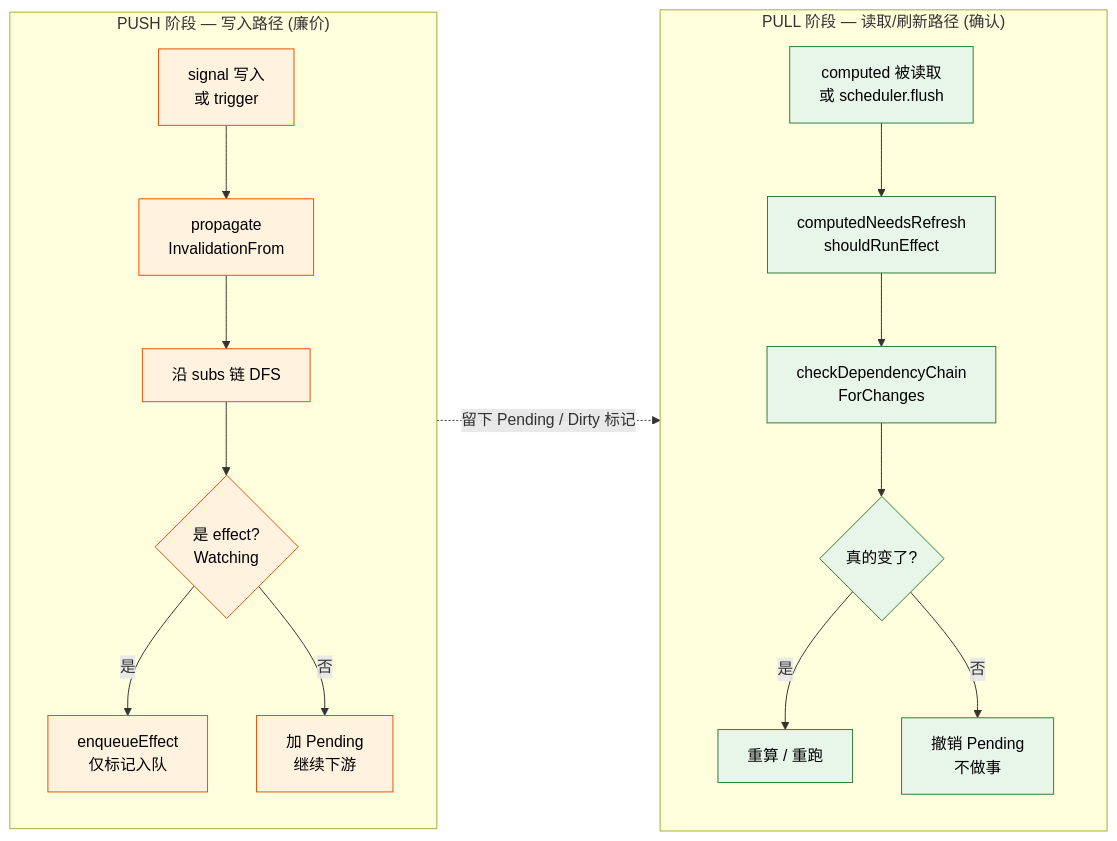
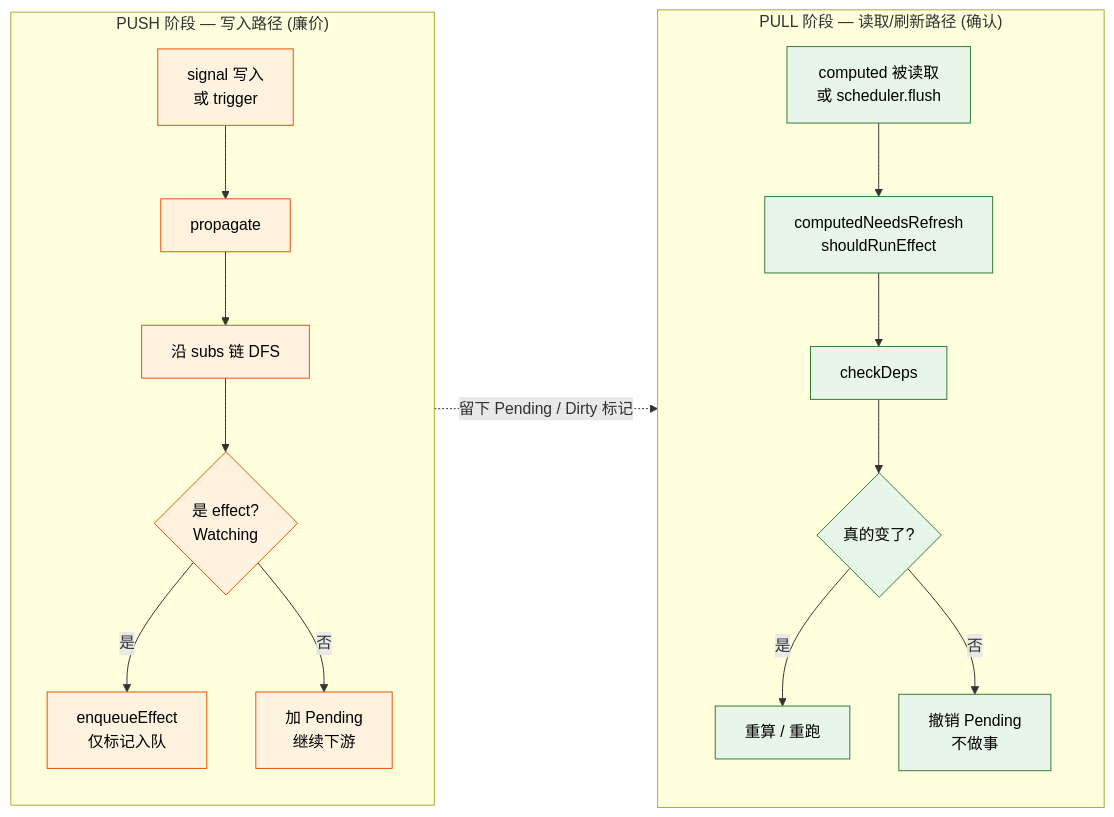
One commit to YanqingXu/alien-signals-in-lua changed the first of 2 diagrams in refactored/docs/engine.md. Above: the diagram before and after it, drawn with Mermaid. The commit also changed other lines of this file and 13 other files, not shown here.

````diff
--- a/refactored/docs/engine.md
+++ b/refactored/docs/engine.md
@@ -49,27 +49,27 @@
 ```mermaid
 flowchart LR
     subgraph PUSH ["PUSH 阶段 — 写入路径 (廉价)"]
         direction TB
-        W[signal 写入<br/>或 trigger] --> P1[propagate<br/>InvalidationFrom]
+        W[signal 写入<br/>或 trigger] --> P1[propagate]
         P1 --> P2[沿 subs 链 DFS]
         P2 --> P3{是 effect?<br/>Watching}
         P3 -- 是 --> P4[enqueueEffect<br/>仅标记入队]
         P3 -- 否 --> P5[加 Pending<br/>继续下游]
     end
 
     subgraph PULL ["PULL 阶段 — 读取/刷新路径 (确认)"]
         direction TB
         R[computed 被读取<br/>或 scheduler.flush] --> C1[computedNeedsRefresh<br/>shouldRunEffect]
-        C1 --> C2[checkDependencyChain<br/>ForChanges]
+        C1 --> C2[checkDeps]
         C2 --> C3{真的变了?}
         C3 -- 是 --> C4[重算 / 重跑]
         C3 -- 否 --> C5[撤销 Pending<br/>不做事]
     end
 
     PUSH -.-> |"留下 Pending / Dirty 标记"| PULL
 
     classDef push fill:#fff3e0,stroke:#e65100,color:#000
     classDef pull fill:#e8f5e9,stroke:#2e7d32,color:#000
     class W,P1,P2,P3,P4,P5 push
     class R,C1,C2,C3,C4,C5 pull
 ```
````
